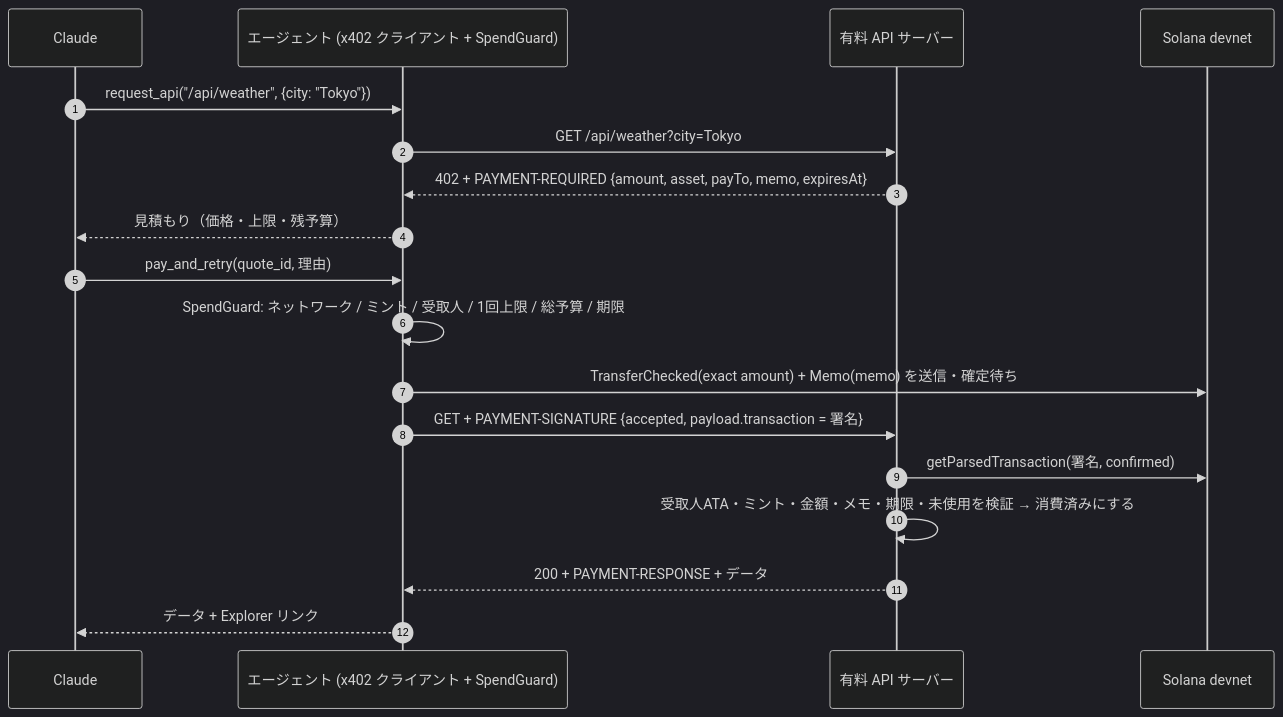
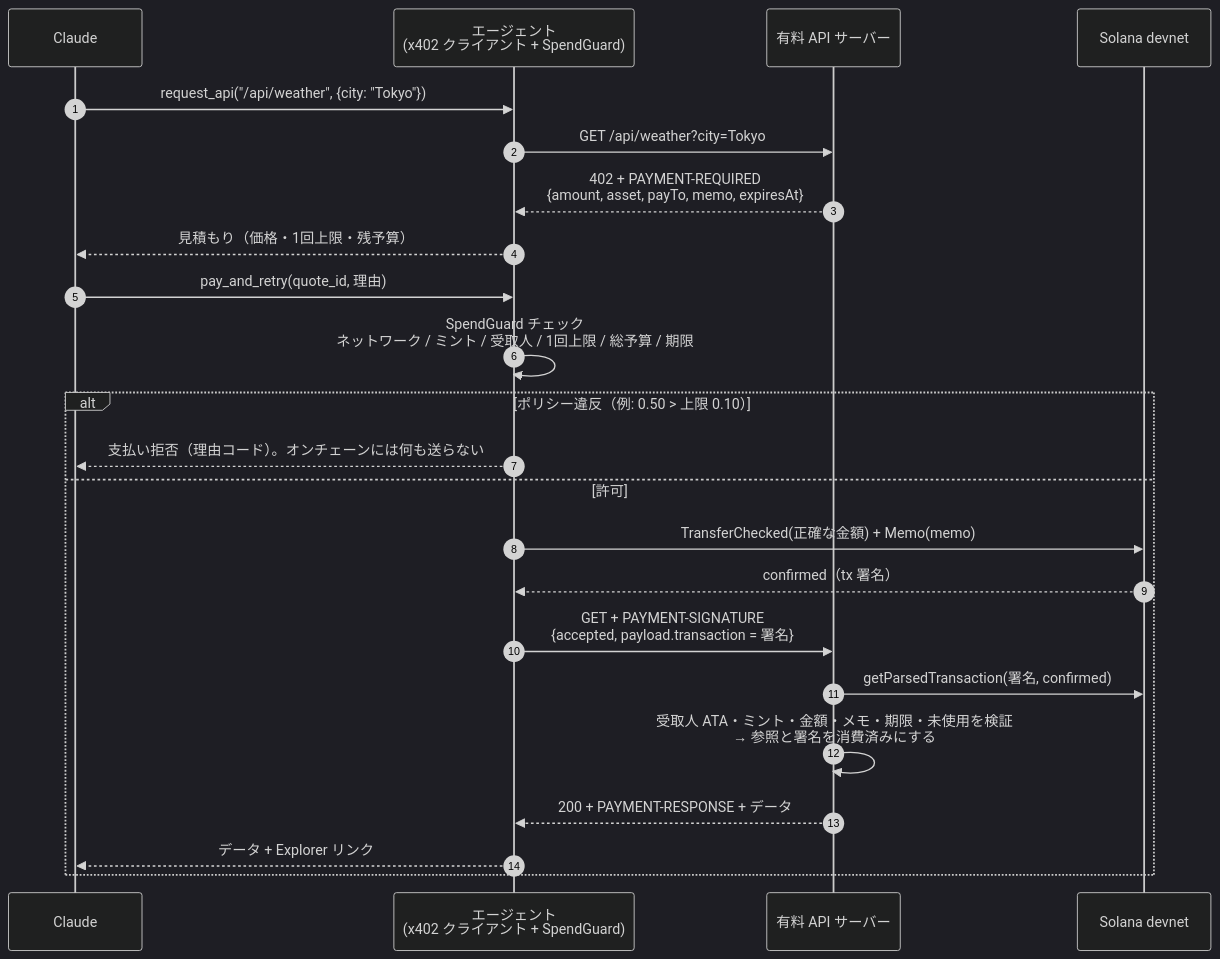
Before and after one commit to shoya-sue/solana-agent-pay: the second of 3 diagrams in README.md, drawn with Mermaid (dark theme). The commit also changed other lines of this file and 6 other files, not shown here.

First line of the commit message:
docs: add visuals to README (hero diagram, real demo terminal, Explorer screenshot)

````diff
--- a/README.md
+++ b/README.md
@@ -59,20 +81,25 @@
 ```mermaid
 sequenceDiagram
     autonumber
     participant C as Claude
-    participant A as エージェント (x402 クライアント + SpendGuard)
+    participant A as エージェント<br/>(x402 クライアント + SpendGuard)
     participant S as 有料 API サーバー
     participant L as Solana devnet
     C->>A: request_api("/api/weather", {city: "Tokyo"})
     A->>S: GET /api/weather?city=Tokyo
-    S-->>A: 402 + PAYMENT-REQUIRED {amount, asset, payTo, memo, expiresAt}
-    A-->>C: 見積もり（価格・上限・残予算）
+    S-->>A: 402 + PAYMENT-REQUIRED<br/>{amount, asset, payTo, memo, expiresAt}
+    A-->>C: 見積もり（価格・1回上限・残予算）
     C->>A: pay_and_retry(quote_id, 理由)
-    A->>A: SpendGuard: ネットワーク / ミント / 受取人 / 1回上限 / 総予算 / 期限
-    A->>L: TransferChecked(exact amount) + Memo(memo) を送信・確定待ち
-    A->>S: GET + PAYMENT-SIGNATURE {accepted, payload.transaction = 署名}
-    S->>L: getParsedTransaction(署名, confirmed)
-    S->>S: 受取人ATA・ミント・金額・メモ・期限・未使用を検証 → 消費済みにする
-    S-->>A: 200 + PAYMENT-RESPONSE + データ
-    A-->>C: データ + Explorer リンク
+    A->>A: SpendGuard チェック<br/>ネットワーク / ミント / 受取人 / 1回上限 / 総予算 / 期限
+    alt ポリシー違反（例: 0.50 > 上限 0.10）
+        A-->>C: 支払い拒否（理由コード）。オンチェーンには何も送らない
+    else 許可
+        A->>L: TransferChecked(正確な金額) + Memo(memo)
+        L-->>A: confirmed（tx 署名）
+        A->>S: GET + PAYMENT-SIGNATURE<br/>{accepted, payload.transaction = 署名}
+        S->>L: getParsedTransaction(署名, confirmed)
+        S->>S: 受取人 ATA・ミント・金額・メモ・期限・未使用を検証<br/>→ 参照と署名を消費済みにする
+        S-->>A: 200 + PAYMENT-RESPONSE + データ
+        A-->>C: データ + Explorer リンク
+    end
 ```
````
